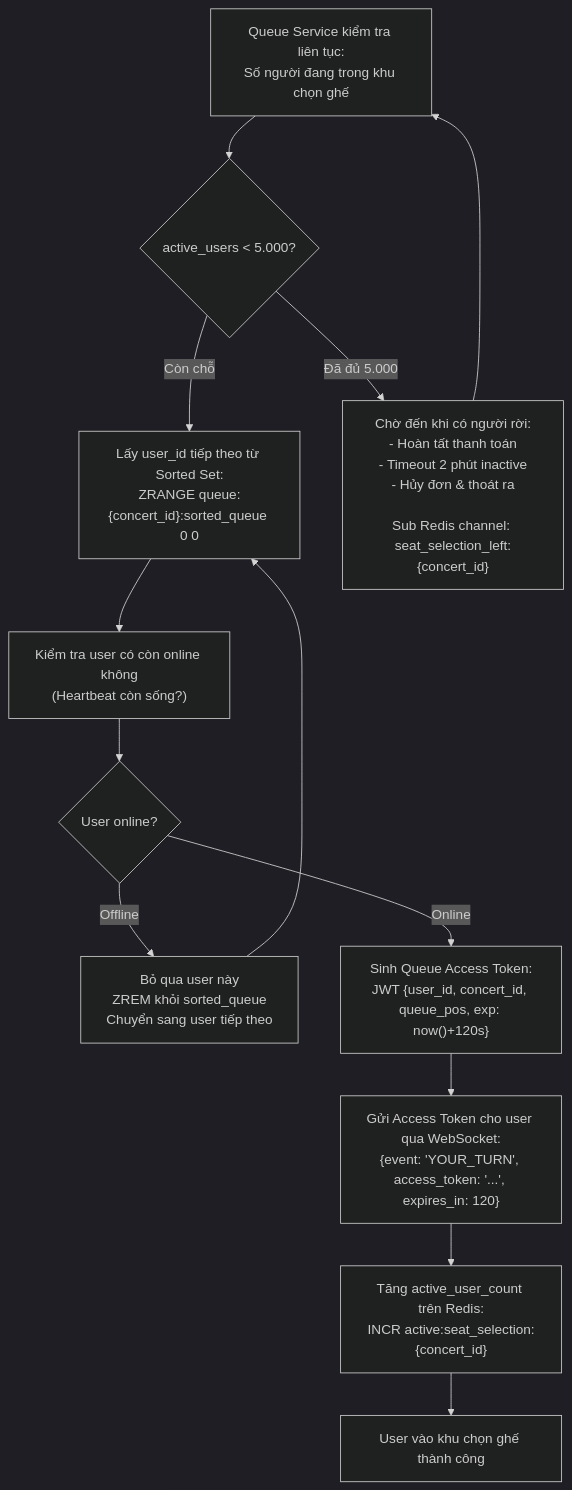
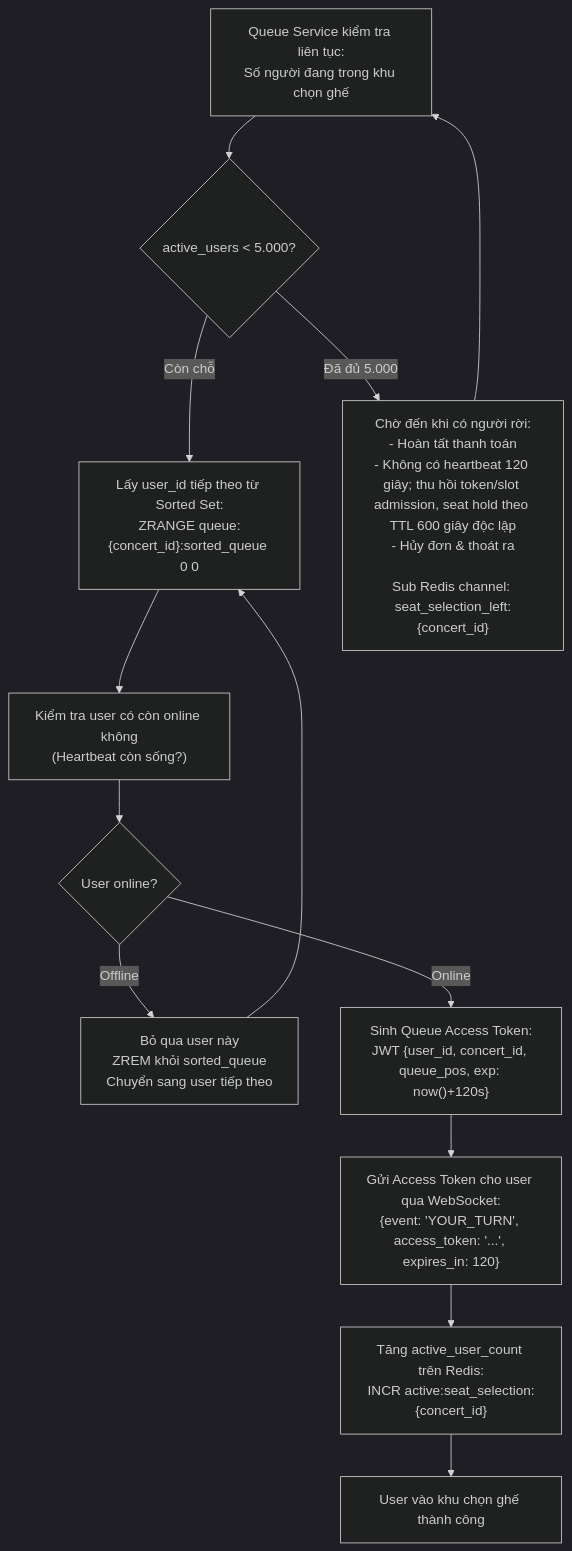
One commit to toanteng11/concert-ticketing-docs changed the fourth of 5 diagrams in business-analysis/02_State_Machines_And_Workflows/02_Business_Flows/BF01_Waiting_Room_And_Virtual_Queue_Flow.md. Above: the diagram before and after it, drawn with Mermaid (dark theme). The commit also changed 57 other files, not shown here.

````diff
--- a/business-analysis/02_State_Machines_And_Workflows/02_Business_Flows/BF01_Waiting_Room_And_Virtual_Queue_Flow.md
+++ b/business-analysis/02_State_Machines_And_Workflows/02_Business_Flows/BF01_Waiting_Room_And_Virtual_Queue_Flow.md
@@ -107,17 +107,17 @@
 ```mermaid
 flowchart TD
     A["Queue Service kiểm tra liên tục:\nSố người đang trong khu chọn ghế"] --> B{active_users < 5.000?}
 
     B -->|Còn chỗ| C["Lấy user_id tiếp theo từ Sorted Set:\nZRANGE queue:{concert_id}:sorted_queue 0 0"]
     C --> D["Kiểm tra user có còn online không\n(Heartbeat còn sống?)"]
     D --> E{User online?}
     E -->|Offline| F["Bỏ qua user này\nZREM khỏi sorted_queue\nChuyển sang user tiếp theo"]
     F --> C
     E -->|Online| G["Sinh Queue Access Token:\nJWT {user_id, concert_id, queue_pos, exp: now()+120s}"]
     G --> H["Gửi Access Token cho user qua WebSocket:\n{event: 'YOUR_TURN', access_token: '...', expires_in: 120}"]
     H --> I["Tăng active_user_count trên Redis:\nINCR active:seat_selection:{concert_id}"]
     I --> J["User vào khu chọn ghế thành công"]
 
-    B -->|Đã đủ 5.000| K["Chờ đến khi có người rời:\n- Hoàn tất thanh toán\n- Timeout 2 phút inactive\n- Hủy đơn & thoát ra\n\nSub Redis channel: seat_selection_left:{concert_id}"]
+    B -->|Đã đủ 5.000| K["Chờ đến khi có người rời:\n- Hoàn tất thanh toán\n- Không có heartbeat 120 giây; thu hồi token/slot admission, seat hold theo TTL 600 giây độc lập\n- Hủy đơn & thoát ra\n\nSub Redis channel: seat_selection_left:{concert_id}"]
     K --> A
 ```
````
